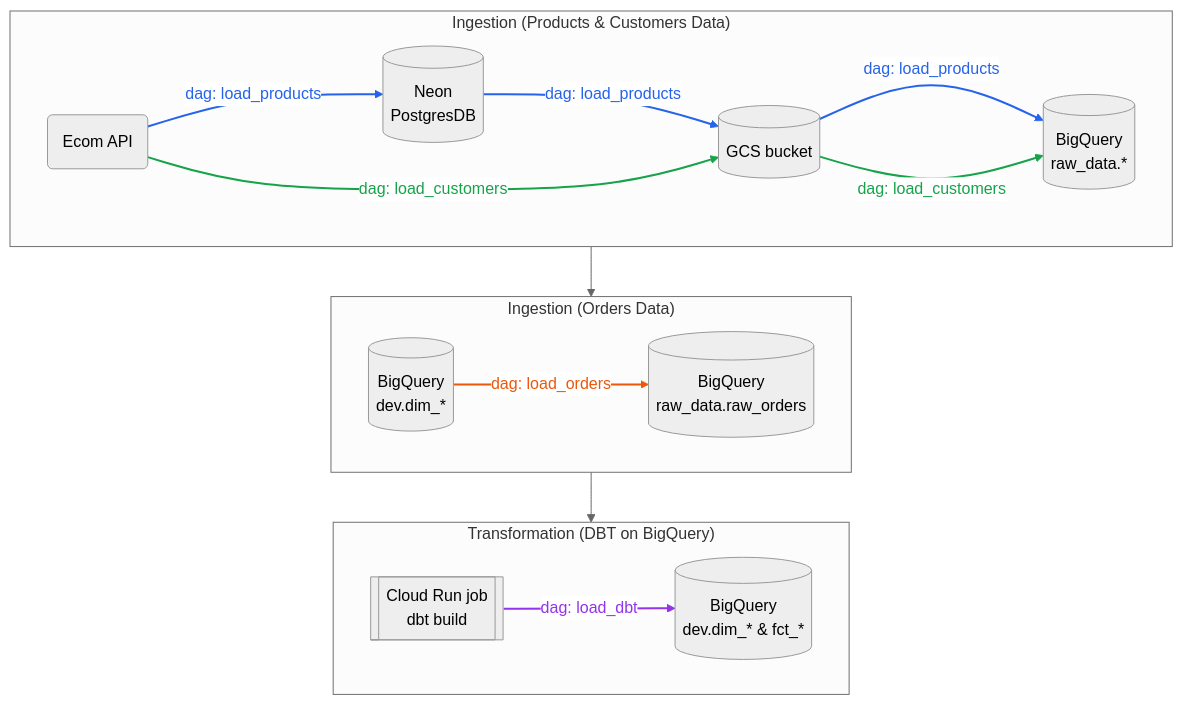
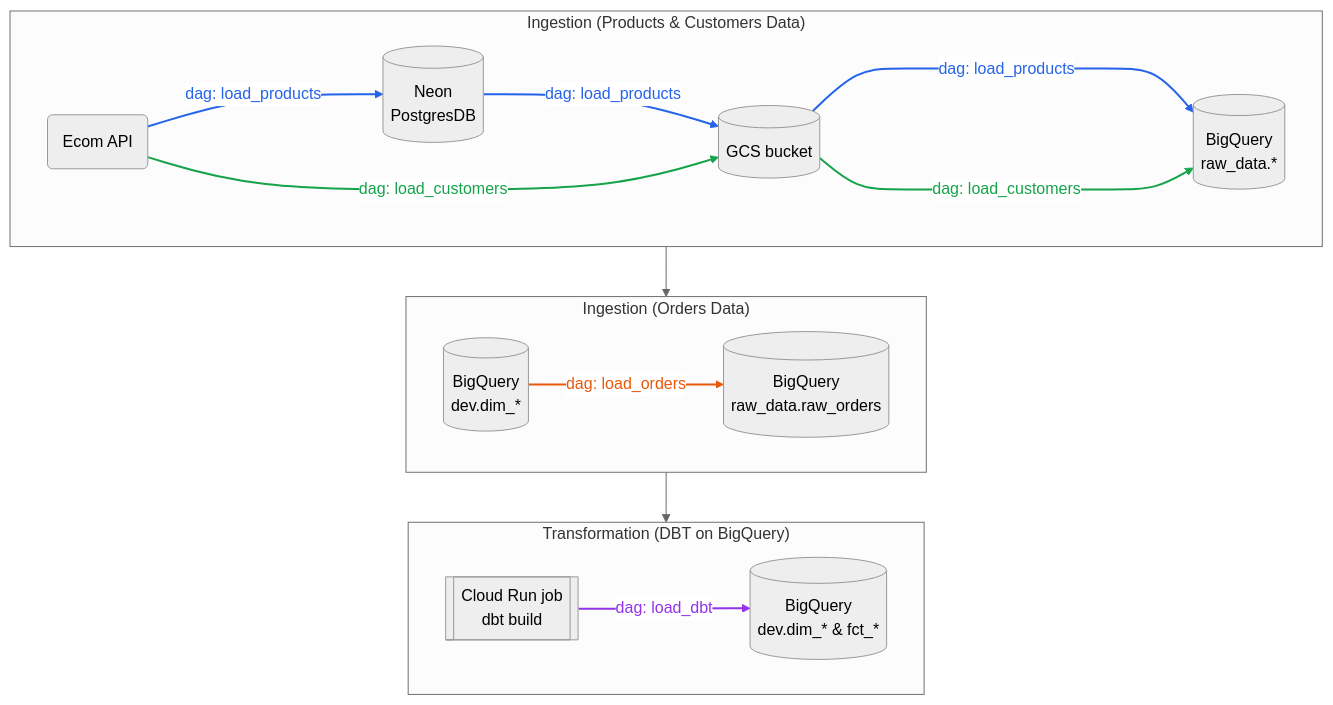
Before and after one commit to candychen00/faker-ecom-project__airflow_dbt: the first of 5 diagrams in airflow/README.md, drawn with Mermaid (neutral theme).

Commit message:
Add af readme v3

````diff
--- a/airflow/README.md
+++ b/airflow/README.md
@@ -31,40 +31,40 @@
 ```mermaid
 flowchart TB
     subgraph ROW1["Ingestion (Products & Customers Data)"]
         direction LR
         API(Ecom API)
         PG[(Neon<br>PostgresDB)]
         GCS[(GCS bucket)]
         RAW[(BigQuery<br/>raw_data.*)]
     end
 
     subgraph ROW2["Ingestion (Orders Data)"]
         direction LR
         BQ_DIM[(BigQuery<br>dev.dim_*)]
         BQ_FCT[(BigQuery<br>raw_data.raw_orders)]
     end
 
     subgraph ROW3["Transformation (DBT on BigQuery)"]
         direction LR
         DBT[[Cloud Run job<br>dbt build]]
         DEV[(BigQuery<br/>dev.dim_* & fct_*)]
     end
 
     API -- dag: load_products --> PG
     PG -- dag: load_products --> GCS
     API -- dag: load_customers --> GCS
-    GCS -- dag: load_products --> RAW
-    GCS -- dag: load_customers --> RAW
+    GCS -- dag: load_products ----> RAW
+    GCS -- dag: load_customers ----> RAW
 
     BQ_DIM -- dag: load_orders --> BQ_FCT
 
     DBT -- dag: load_dbt --> DEV
 
     ROW1 --> ROW2 --> ROW3
 
     %% Edge indices follow declaration order (0-based)
     linkStyle 0,1,3 stroke:#2563eb,stroke-width:2px,color:#2563eb
     linkStyle 2,4 stroke:#16a34a,stroke-width:2px,color:#16a34a
     linkStyle 5 stroke:#ea580c,stroke-width:2px,color:#ea580c
     linkStyle 6 stroke:#9333ea,stroke-width:2px,color:#9333ea
 ```
````
